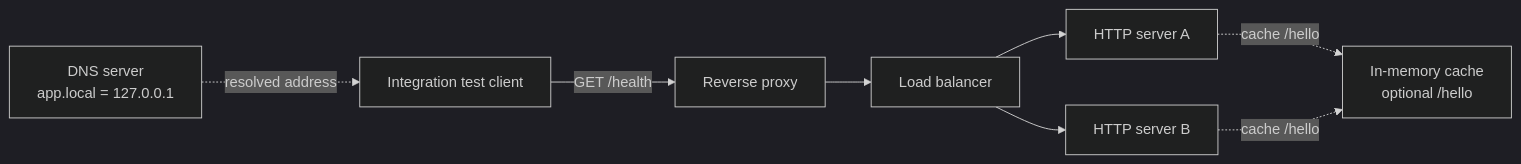
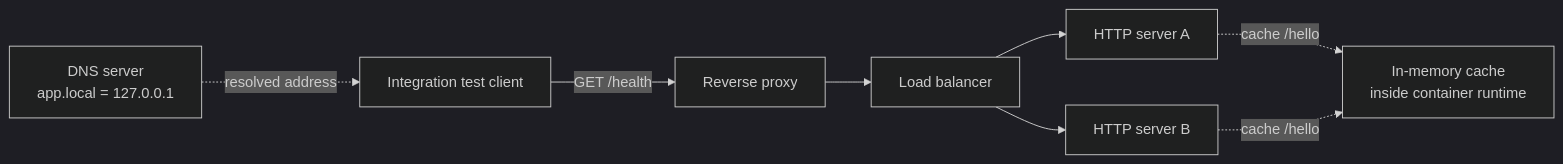
The diagram in README.md (max-vie/infra-from-scratch), drawn with Mermaid (dark theme) before and after one commit. The commit also changed other lines of this file and 6 other files, not shown here.

Commit message:
Run cache inside container runtime

````diff
--- a/README.md
+++ b/README.md
@@ -18,18 +18,18 @@
 ```mermaid
 flowchart LR
     DNS[DNS server<br/>app.local = 127.0.0.1]
     Client[Integration test client]
     Proxy[Reverse proxy]
     Balancer[Load balancer]
     ServerA[HTTP server A]
     ServerB[HTTP server B]
-    Cache[In-memory cache<br/>optional /hello]
+    Cache[In-memory cache<br/>inside container runtime]
 
     DNS -. resolved address .-> Client
     Client -->|GET /health| Proxy
     Proxy --> Balancer
     Balancer --> ServerA
     Balancer --> ServerB
     ServerA -. cache /hello .-> Cache
     ServerB -. cache /hello .-> Cache
 ```
````
